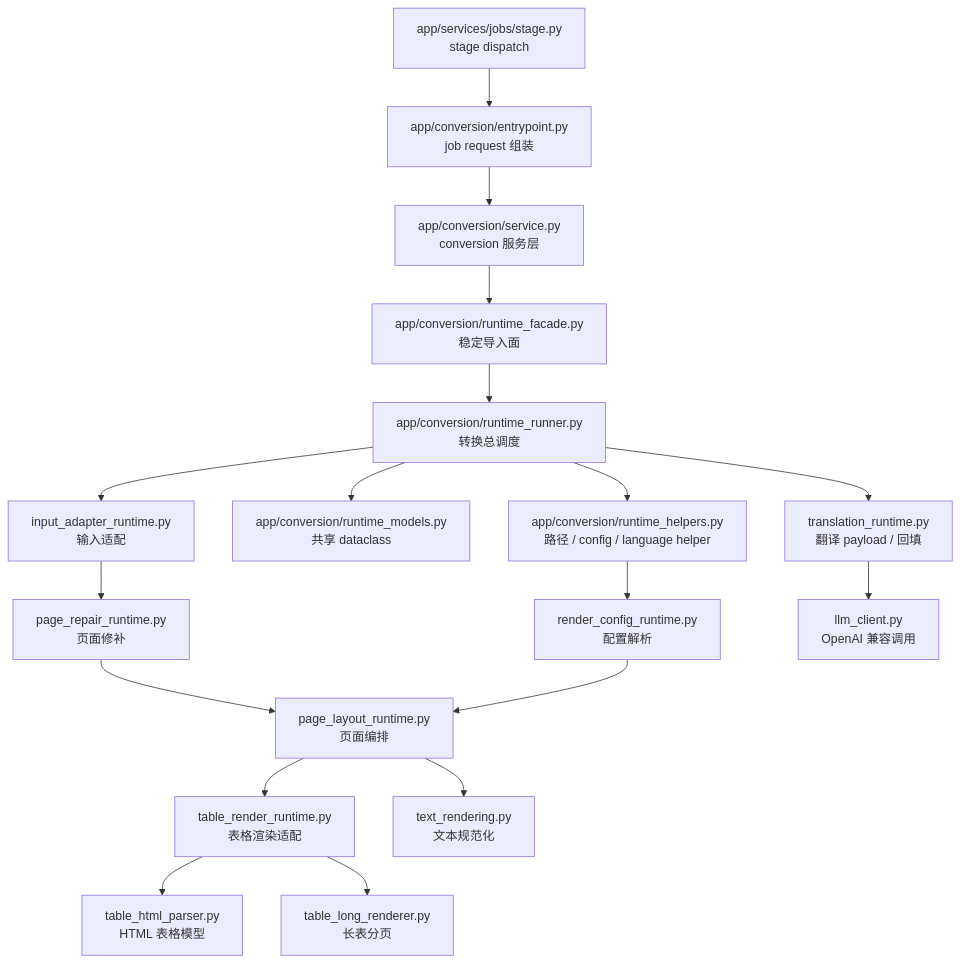
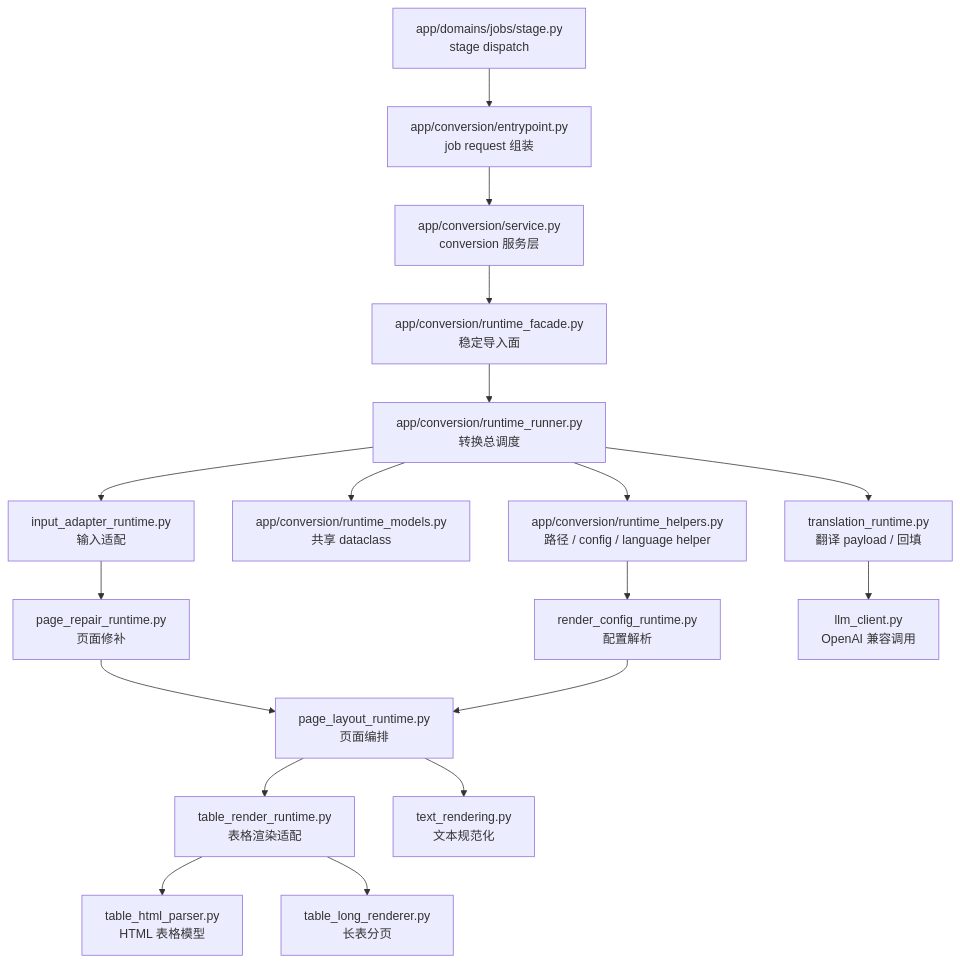
The diagram in .codestable/architecture/app-conversion-internal.md (ccisnoxx/md2word), drawn with Mermaid before and after one commit. The commit also changed other lines of this file and 384 other files, not shown here.

````diff
--- a/.codestable/architecture/app-conversion-internal.md
+++ b/.codestable/architecture/app-conversion-internal.md
@@ -19,20 +19,20 @@
 ```mermaid
 flowchart TD
-    A["app/services/jobs/stage.py\nstage dispatch"] --> L["app/conversion/entrypoint.py\njob request 组装"]
+    A["app/domains/jobs/stage.py\nstage dispatch"] --> L["app/conversion/entrypoint.py\njob request 组装"]
     L --> M["app/conversion/service.py\nconversion 服务层"]
     M --> N["app/conversion/runtime_facade.py\n稳定导入面"]
     N --> O["app/conversion/runtime_runner.py\n转换总调度"]
     O --> P["app/conversion/runtime_helpers.py\n路径 / config / language helper"]
     O --> Q["app/conversion/runtime_models.py\n共享 dataclass"]
     O --> B["input_adapter_runtime.py\n输入适配"]
     B --> C["page_repair_runtime.py\n页面修补"]
     C --> E["page_layout_runtime.py\n页面编排"]
     P --> D["render_config_runtime.py\n配置解析"]
     D --> E
     E --> F["table_render_runtime.py\n表格渲染适配"]
     E --> G["text_rendering.py\n文本规范化"]
     O --> H["translation_runtime.py\n翻译 payload / 回填"]
     H --> I["llm_client.py\nOpenAI 兼容调用"]
     F --> J["table_html_parser.py\nHTML 表格模型"]
     F --> K["table_long_renderer.py\n长表分页"]
 ```
````
